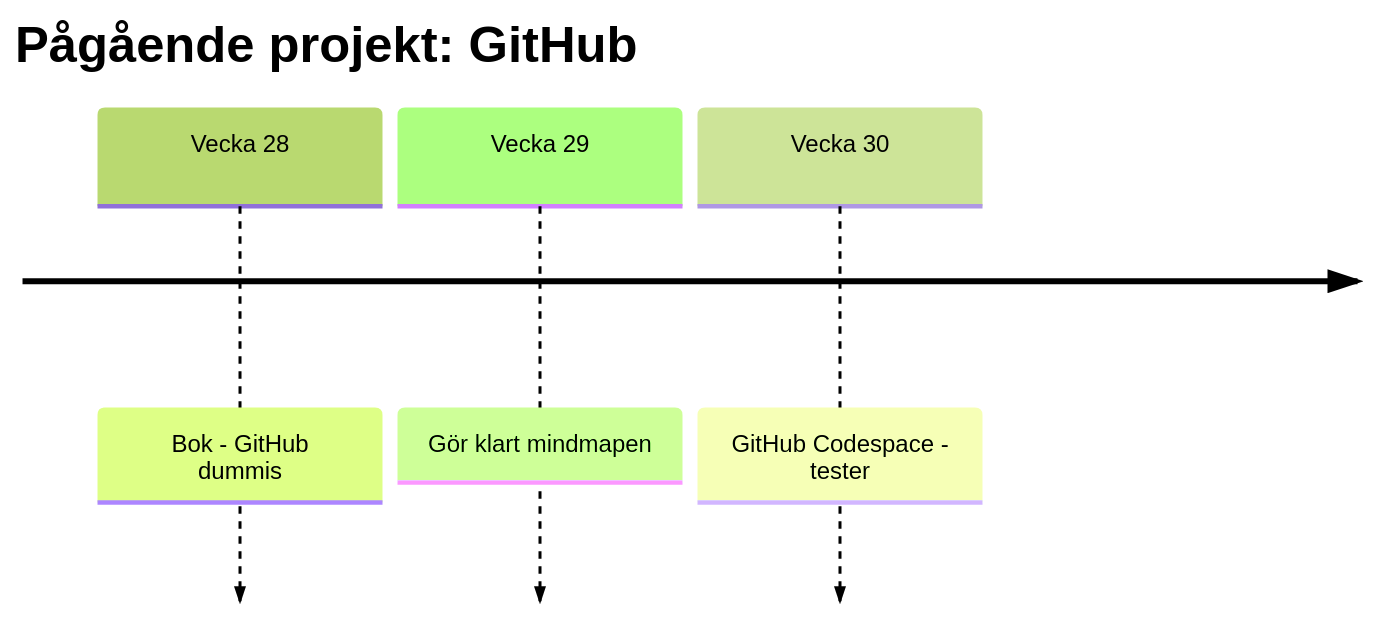
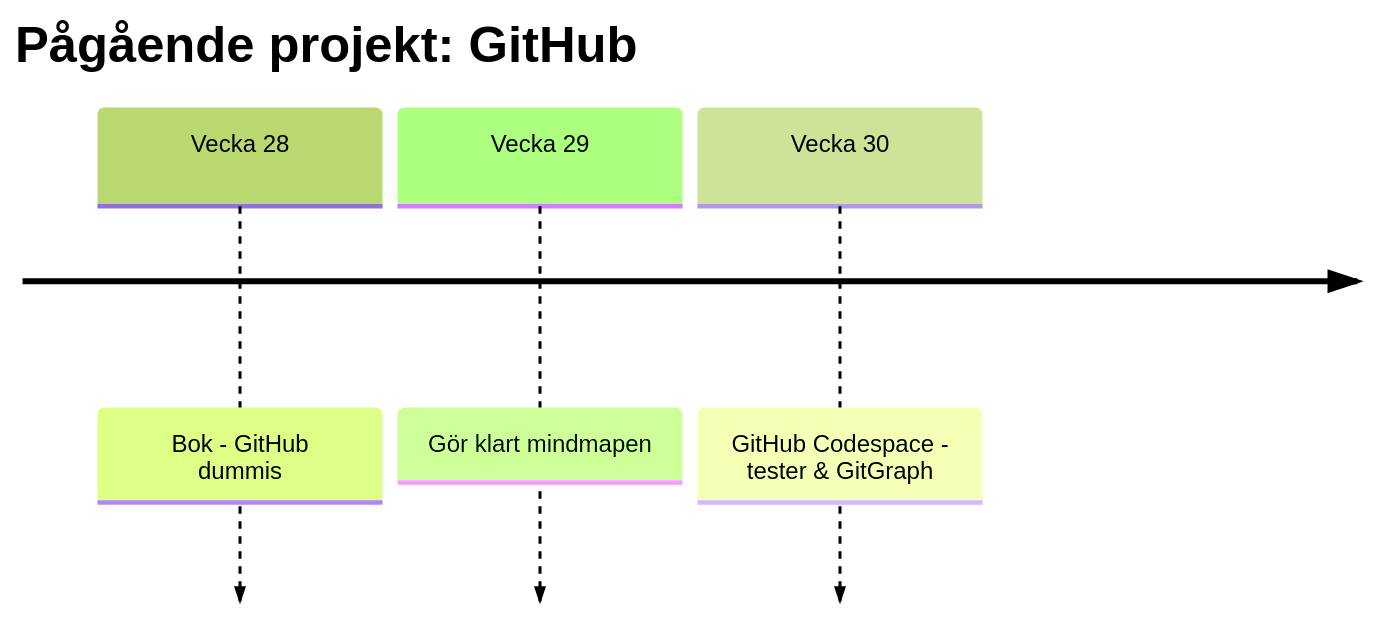
One commit to steble70/scriptlab changed the diagram in README.md. Above: the diagram before and after it, drawn with Mermaid (forest theme).

````diff
--- a/README.md
+++ b/README.md
@@ -10,7 +10,7 @@
 ```mermaid
 timeline
     title Pågående projekt: GitHub
     Vecka 28 : Bok - GitHub dummis
     Vecka 29 : Gör klart mindmapen
-    Vecka 30 : GitHub Codespace - tester
+    Vecka 30 : GitHub Codespace - tester & GitGraph
 ```
````
